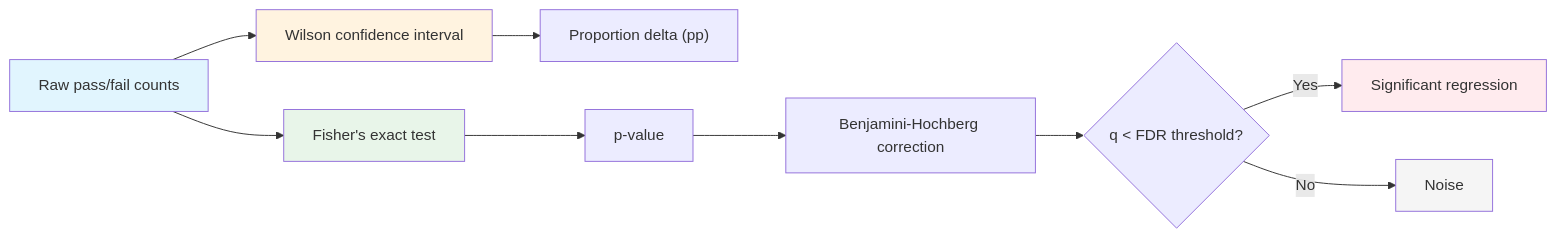
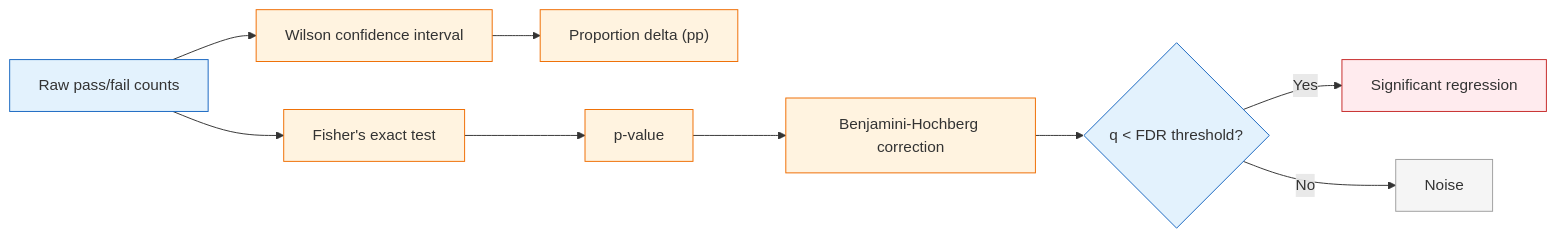
One commit to Mehul-bisht-0/Driftbench--AI-regression-testing-harness changed the seventh of 11 diagrams in README.md. Above: the diagram before and after it, drawn with Mermaid. The commit also changed other lines of this file, not shown here.

````diff
--- a/README.md
+++ b/README.md
@@ -416,17 +443,21 @@
 ```mermaid
 flowchart LR
     A["Raw pass/fail counts"] --> B["Wilson confidence interval"]
     B --> C["Proportion delta (pp)"]
     A --> D["Fisher's exact test"]
     D --> E["p-value"]
     E --> F["Benjamini-Hochberg correction"]
     F --> G{"q < FDR threshold?"}
     G -->|"Yes"| H["Significant regression"]
     G -->|"No"| I["Noise"]
 
-    style A fill:#e1f5fe
-    style B fill:#fff3e0
-    style D fill:#e8f5e9
-    style H fill:#ffebee
-    style I fill:#f5f5f5
+    style A fill:#e3f2fd,stroke:#1565c0
+    style B fill:#fff3e0,stroke:#ef6c00
+    style C fill:#fff3e0,stroke:#ef6c00
+    style D fill:#fff3e0,stroke:#ef6c00
+    style E fill:#fff3e0,stroke:#ef6c00
+    style F fill:#fff3e0,stroke:#ef6c00
+    style G fill:#e3f2fd,stroke:#1565c0
+    style H fill:#ffebee,stroke:#c62828
+    style I fill:#f5f5f5,stroke:#9e9e9e
 ```
````
